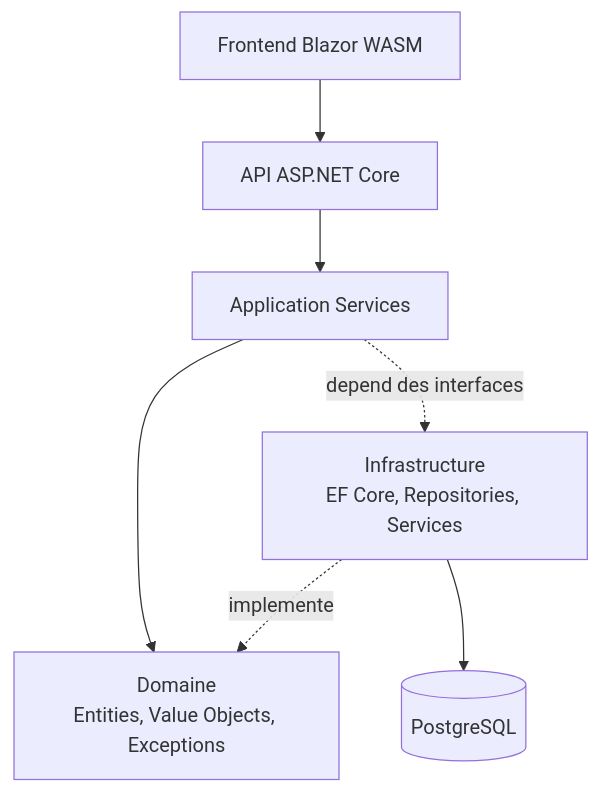
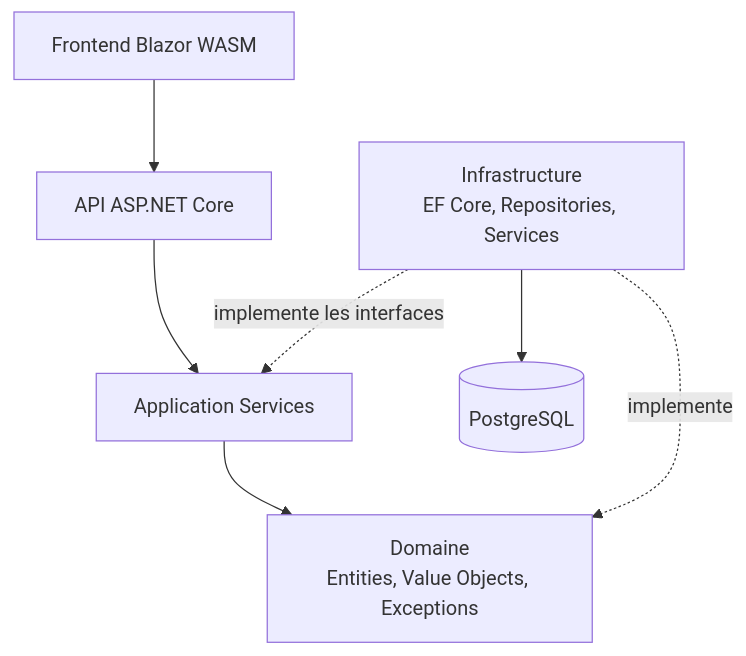
Before and after one commit to BAYRYO/AdvancedDevSample: the diagram in docs/architecture.md, drawn with Mermaid. The commit also changed 5 other files, not shown here.

````diff
--- a/docs/architecture.md
+++ b/docs/architecture.md
@@ -7,9 +7,9 @@
 ```mermaid
 graph TD
   FE[Frontend Blazor WASM] --> API[API ASP.NET Core]
   API --> APP[Application Services]
   APP --> DOM[Domaine\nEntities, Value Objects, Exceptions]
   INF[Infrastructure\nEF Core, Repositories, Services] -. implemente .-> DOM
-  APP -. depend des interfaces .-> INF
+  INF -. implemente les interfaces .-> APP
   INF --> DB[(PostgreSQL)]
 ```
````
